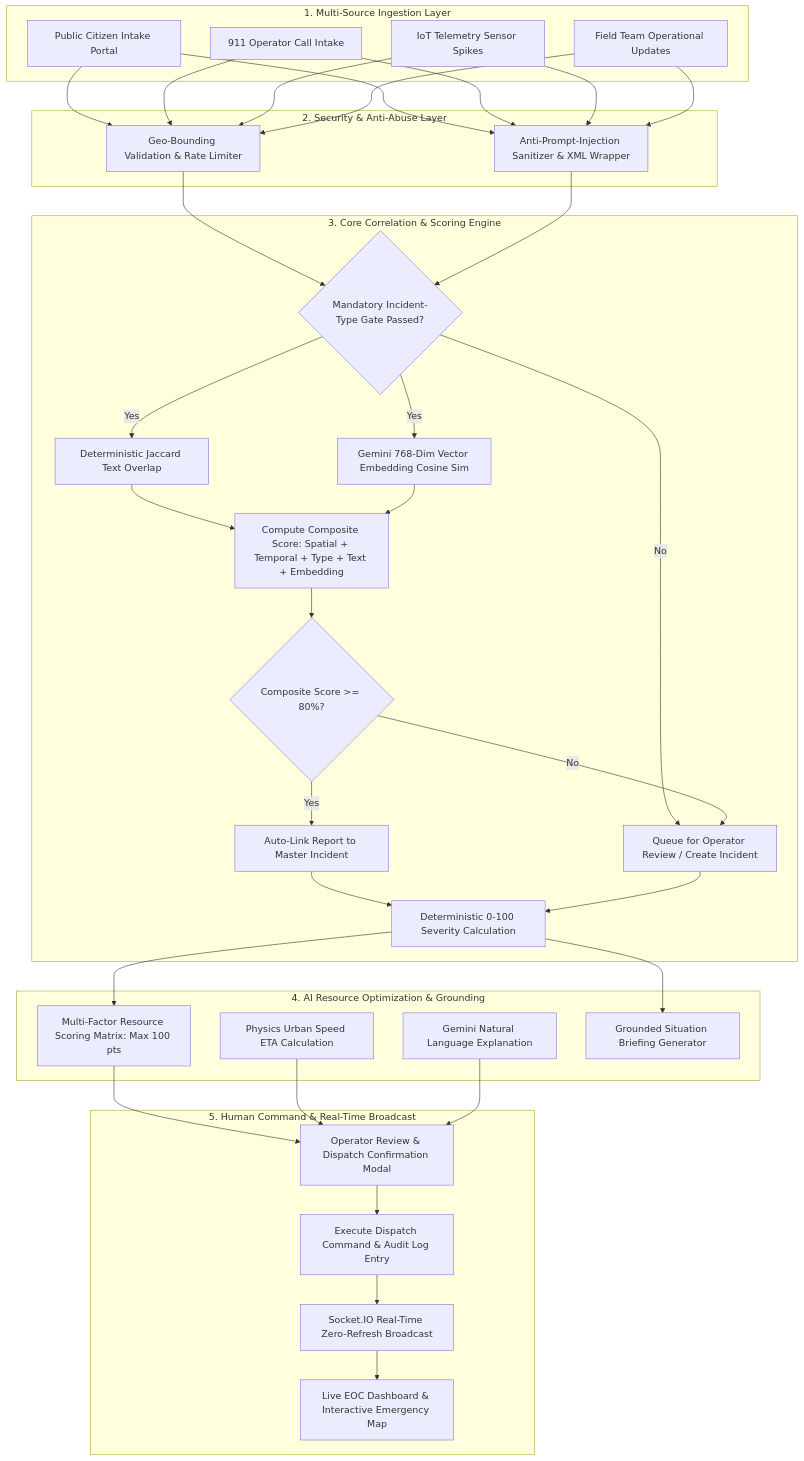
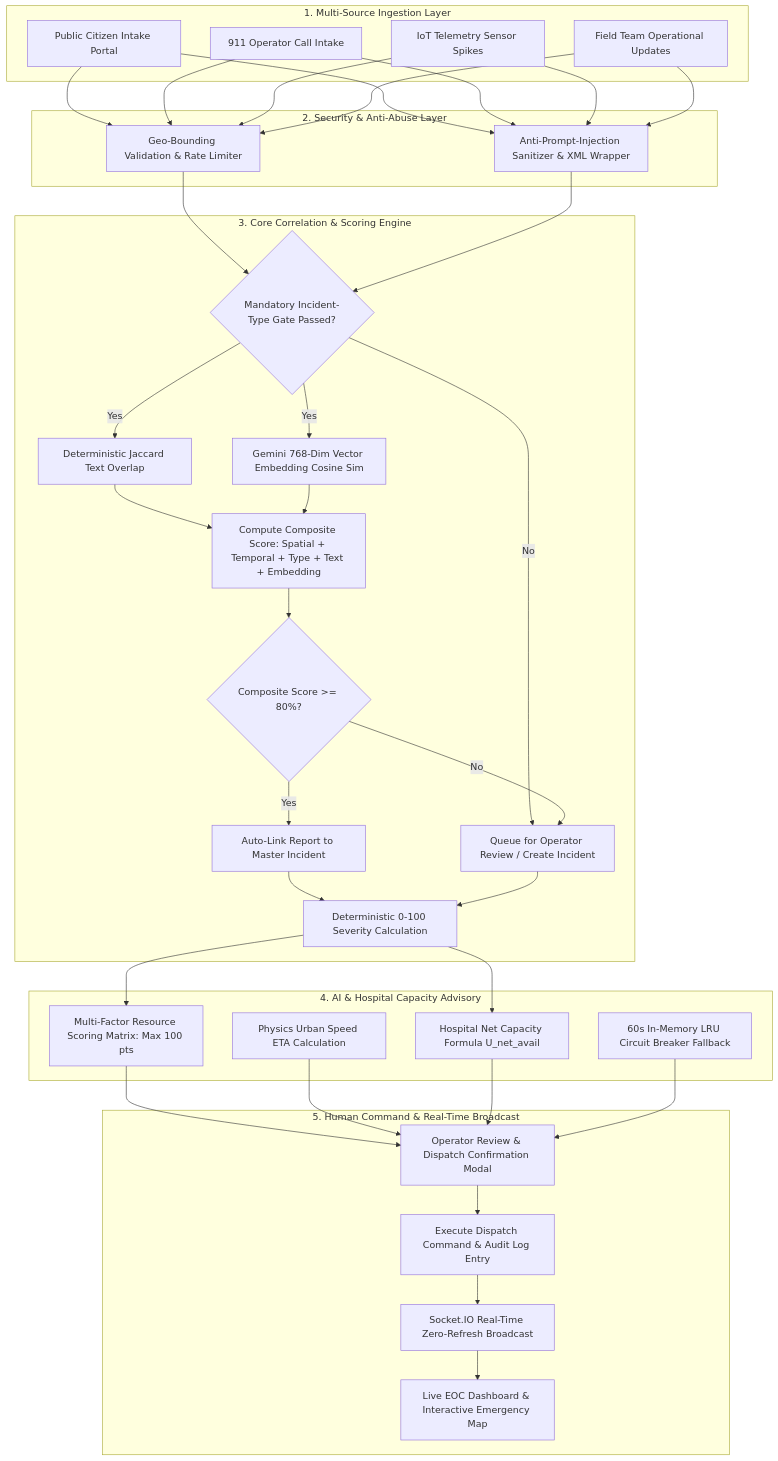
The diagram in README.md (DhavalMaurya/Intelligent-Emergency-Response-Resource-Coordination-Platform), drawn with Mermaid before and after one commit. The commit also changed other lines of this file and 18 other files, not shown here.

````diff
--- a/README.md
+++ b/README.md
@@ -72,51 +113,51 @@
 ```mermaid
 flowchart TD
     subgraph Ingestion ["1. Multi-Source Ingestion Layer"]
         A1[Public Citizen Intake Portal]
         A2[911 Operator Call Intake]
         A3[IoT Telemetry Sensor Spikes]
         A4[Field Team Operational Updates]
     end
 
     subgraph Security ["2. Security & Anti-Abuse Layer"]
         B1[Geo-Bounding Validation & Rate Limiter]
         B2[Anti-Prompt-Injection Sanitizer & XML Wrapper]
     end
 
     subgraph CoreEngine ["3. Core Correlation & Scoring Engine"]
         C1{Mandatory Incident-Type Gate Passed?}
         C2[Deterministic Jaccard Text Overlap]
         C3[Gemini 768-Dim Vector Embedding Cosine Sim]
         C4[Compute Composite Score: Spatial + Temporal + Type + Text + Embedding]
         C5{Composite Score >= 80%?}
         C6[Auto-Link Report to Master Incident]
         C7[Queue for Operator Review / Create Incident]
         C8[Deterministic 0-100 Severity Calculation]
     end
 
-    subgraph Optimization ["4. AI Resource Optimization & Grounding"]
+    subgraph Optimization ["4. AI & Hospital Capacity Advisory"]
         D1[Multi-Factor Resource Scoring Matrix: Max 100 pts]
         D2[Physics Urban Speed ETA Calculation]
-        D3[Gemini Natural Language Explanation]
-        D4[Grounded Situation Briefing Generator]
+        D3[Hospital Net Capacity Formula U_net_avail]
+        D4[60s In-Memory LRU Circuit Breaker Fallback]
     end
 
     subgraph Command ["5. Human Command & Real-Time Broadcast"]
         E1[Operator Review & Dispatch Confirmation Modal]
         E2[Execute Dispatch Command & Audit Log Entry]
         E3[Socket.IO Real-Time Zero-Refresh Broadcast]
         E4[Live EOC Dashboard & Interactive Emergency Map]
     end
 
     A1 & A2 & A3 & A4 --> B1 & B2
     B1 & B2 --> C1
     C1 -- No --> C7
     C1 -- Yes --> C2 & C3
     C2 & C3 --> C4 --> C5
     C5 -- Yes --> C6
     C5 -- No --> C7
     C6 & C7 --> C8
-    C8 --> D1 & D4
-    D1 & D2 & D3 --> E1
+    C8 --> D1 & D3
+    D1 & D2 & D3 & D4 --> E1
     E1 --> E2 --> E3 --> E4
 ```
````
